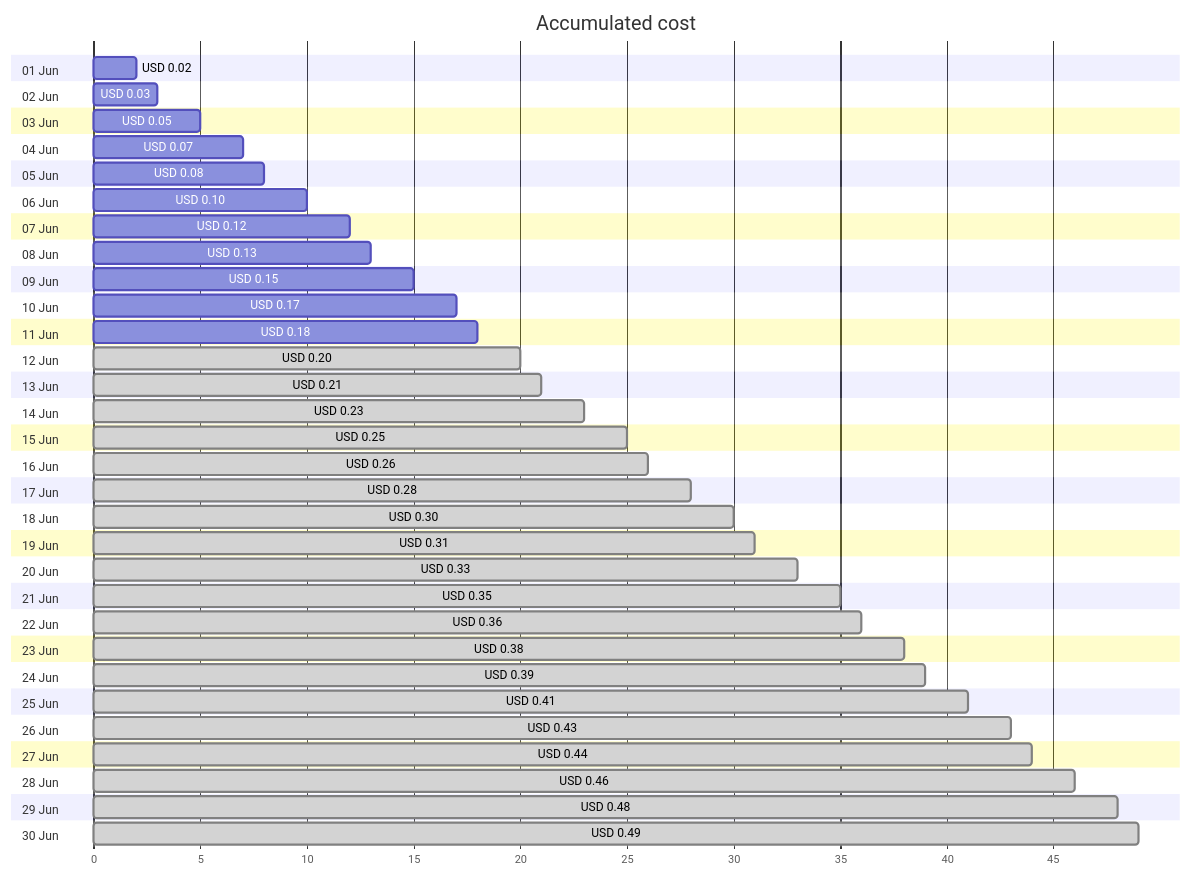
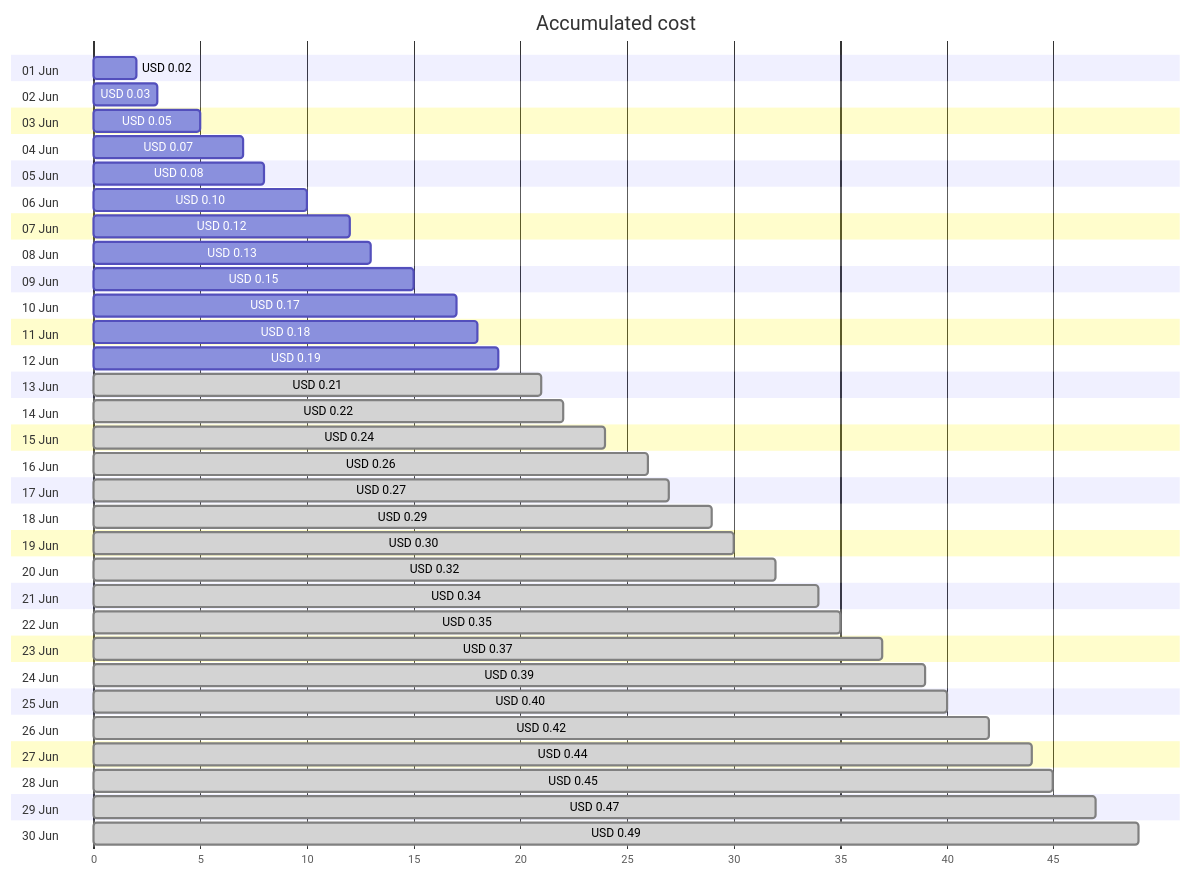
The first of 4 diagrams in cost-reports/personal-dns/jpatrickfulton.dev.md (jpfulton/azure-personal-reports), drawn with Mermaid before and after one commit. The commit also changed other lines of this file and 2 other files, not shown here.

Commit message:
Generated reports [skip ci]

````diff
--- a/cost-reports/personal-dns/jpatrickfulton.dev.md
+++ b/cost-reports/personal-dns/jpatrickfulton.dev.md
@@ -20,66 +20,66 @@
 ```mermaid
 gantt
    title Accumulated cost
    dateFormat  X
    axisFormat %s
    section 01 Jun
    USD 0.02 :0, 2
    section 02 Jun
    USD 0.03 :0, 3
    section 03 Jun
    USD 0.05 :0, 5
    section 04 Jun
    USD 0.07 :0, 7
    section 05 Jun
    USD 0.08 :0, 8
    section 06 Jun
    USD 0.10 :0, 10
    section 07 Jun
    USD 0.12 :0, 12
    section 08 Jun
    USD 0.13 :0, 13
    section 09 Jun
    USD 0.15 :0, 15
    section 10 Jun
    USD 0.17 :0, 17
    section 11 Jun
    USD 0.18 :0, 18
    section 12 Jun
-   USD 0.20 : done, 0, 20
+   USD 0.19 :0, 19
    section 13 Jun
    USD 0.21 : done, 0, 21
    section 14 Jun
-   USD 0.23 : done, 0, 23
+   USD 0.22 : done, 0, 22
    section 15 Jun
-   USD 0.25 : done, 0, 25
+   USD 0.24 : done, 0, 24
    section 16 Jun
    USD 0.26 : done, 0, 26
    section 17 Jun
-   USD 0.28 : done, 0, 28
+   USD 0.27 : done, 0, 27
    section 18 Jun
+   USD 0.29 : done, 0, 29
+   section 19 Jun
    USD 0.30 : done, 0, 30
-   section 19 Jun
-   USD 0.31 : done, 0, 31
    section 20 Jun
-   USD 0.33 : done, 0, 33
+   USD 0.32 : done, 0, 32
    section 21 Jun
+   USD 0.34 : done, 0, 34
+   section 22 Jun
    USD 0.35 : done, 0, 35
-   section 22 Jun
-   USD 0.36 : done, 0, 36
    section 23 Jun
-   USD 0.38 : done, 0, 38
+   USD 0.37 : done, 0, 37
    section 24 Jun
    USD 0.39 : done, 0, 39
    section 25 Jun
-   USD 0.41 : done, 0, 41
+   USD 0.40 : done, 0, 40
    section 26 Jun
-   USD 0.43 : done, 0, 43
+   USD 0.42 : done, 0, 42
    section 27 Jun
    USD 0.44 : done, 0, 44
    section 28 Jun
-   USD 0.46 : done, 0, 46
+   USD 0.45 : done, 0, 45
    section 29 Jun
-   USD 0.48 : done, 0, 48
+   USD 0.47 : done, 0, 47
    section 30 Jun
    USD 0.49 : done, 0, 49
 ```
````
